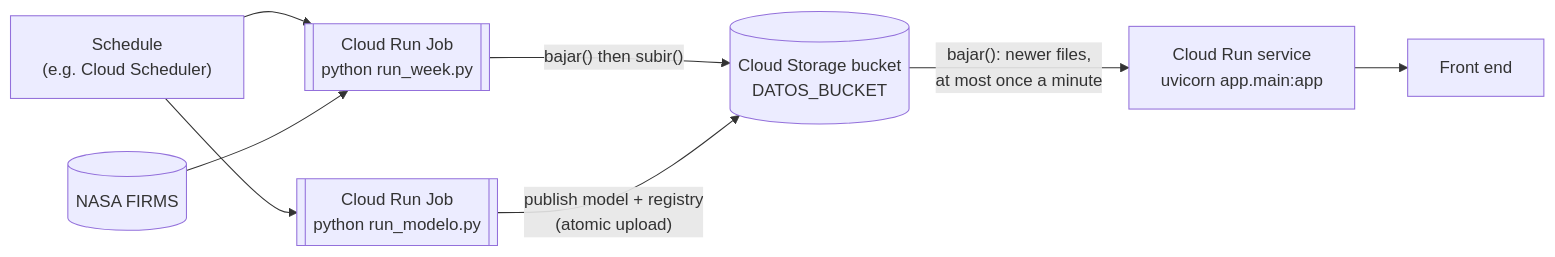
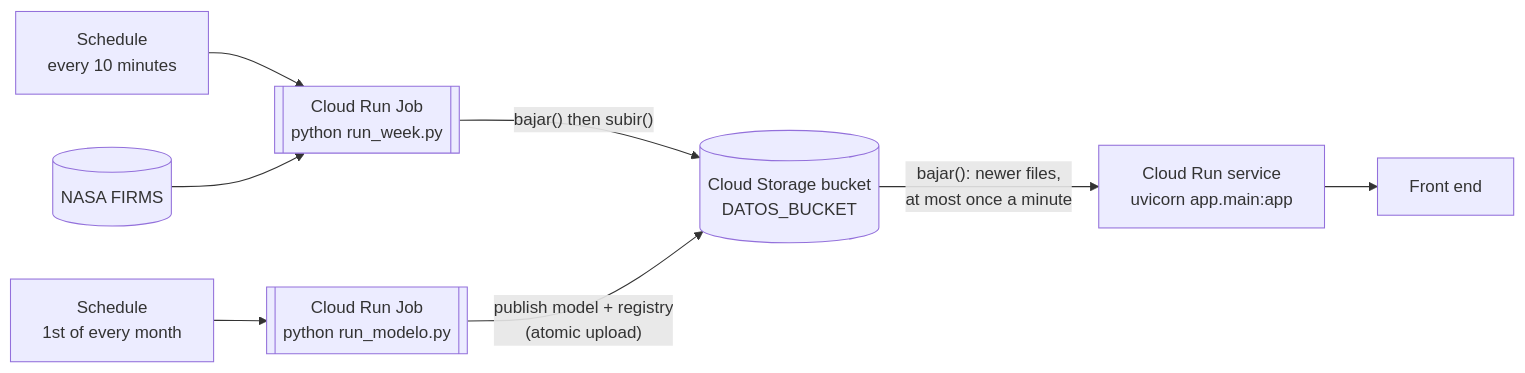
The second of 2 diagrams in backend/README.md (SebasHuaypar/Yakanas-NASA), drawn with Mermaid before and after one commit. The commit also changed other lines of this file and 1 other file, not shown here.

First line of the commit message:
docs: horarios reales de los Cloud Run Jobs

````diff
--- a/backend/README.md
+++ b/backend/README.md
@@ -142,10 +142,10 @@
 ```mermaid
 flowchart LR
-    SCH["Schedule<br/>(e.g. Cloud Scheduler)"] --> JW[["Cloud Run Job<br/>python run_week.py"]]
-    SCH --> JM[["Cloud Run Job<br/>python run_modelo.py"]]
+    SCH10["Schedule<br/>every 10 minutes"] --> JW[["Cloud Run Job<br/>python run_week.py"]]
+    SCH1["Schedule<br/>1st of every month"] --> JM[["Cloud Run Job<br/>python run_modelo.py"]]
     FIRMS[("NASA FIRMS")] --> JW
     JW -- "bajar() then subir()" --> B[("Cloud Storage bucket<br/>DATOS_BUCKET")]
     JM -- "publish model + registry<br/>(atomic upload)" --> B
     B -- "bajar(): newer files,<br/>at most once a minute" --> S["Cloud Run service<br/>uvicorn app.main:app"]
     S --> FE["Front end"]
 ```
````
